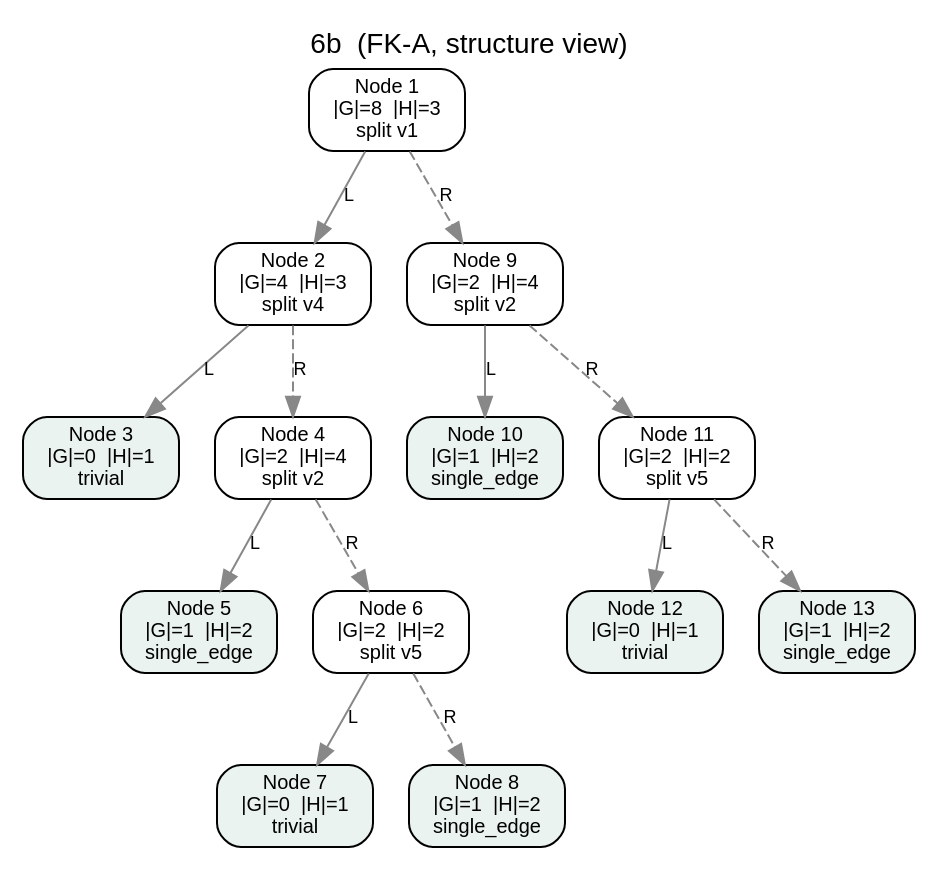
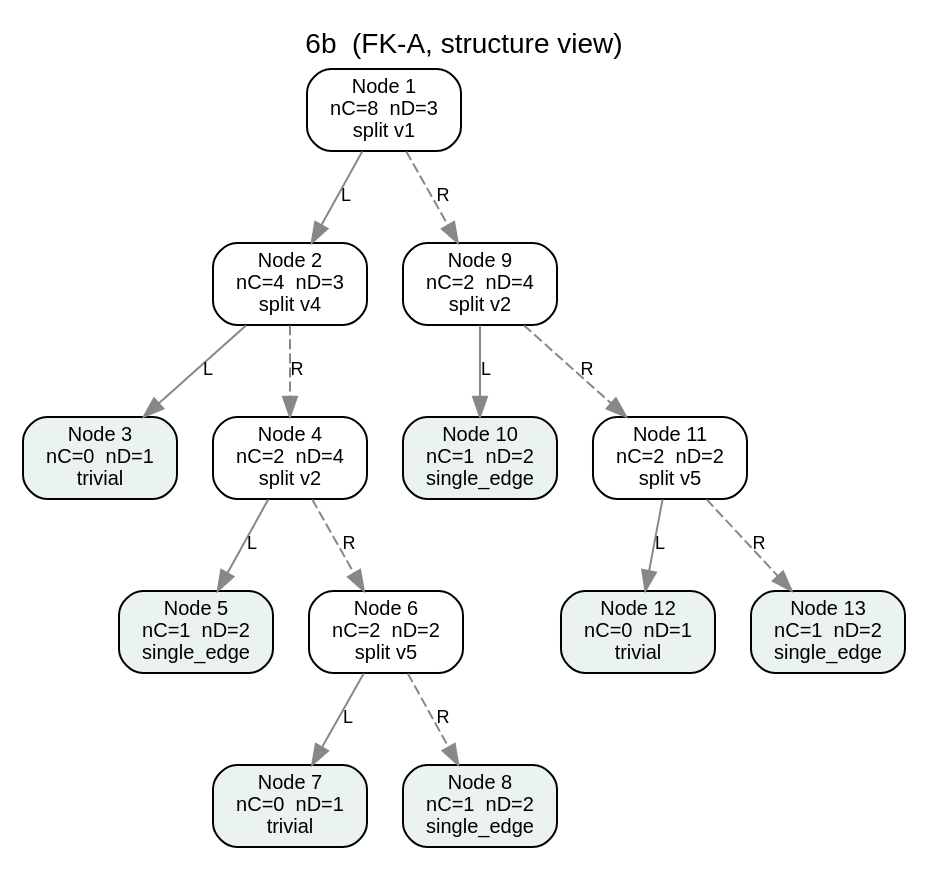
The diagram in results/6b.fk-a.modified.dot (symonyeal/Hypergraph-Dualization), drawn with Graphviz before and after one commit. The commit also changed 203 other files, not shown here.

```diff
--- a/results/6b.fk-a.modified.dot
+++ b/results/6b.fk-a.modified.dot
@@ -1,31 +1,31 @@
 digraph FKA {
   rankdir=TB;
   graph [fontname="Helvetica", labelloc="t", label="6b  (FK-A, structure view)"];
   node [shape=box, style="rounded,filled", fillcolor="#ffffff", fontname="Helvetica", fontsize=10];
   edge [fontname="Helvetica", fontsize=9, color="#888888"];
-  n1 [label="Node 1\n|G|=8  |H|=3\nsplit v1", fillcolor="#ffffff"];
-  n2 [label="Node 2\n|G|=4  |H|=3\nsplit v4", fillcolor="#ffffff"];
-  n3 [label="Node 3\n|G|=0  |H|=1\ntrivial", fillcolor="#eaf3ef"];
-  n4 [label="Node 4\n|G|=2  |H|=4\nsplit v2", fillcolor="#ffffff"];
-  n5 [label="Node 5\n|G|=1  |H|=2\nsingle_edge", fillcolor="#eaf3ef"];
-  n6 [label="Node 6\n|G|=2  |H|=2\nsplit v5", fillcolor="#ffffff"];
-  n7 [label="Node 7\n|G|=0  |H|=1\ntrivial", fillcolor="#eaf3ef"];
-  n8 [label="Node 8\n|G|=1  |H|=2\nsingle_edge", fillcolor="#eaf3ef"];
-  n9 [label="Node 9\n|G|=2  |H|=4\nsplit v2", fillcolor="#ffffff"];
-  n10 [label="Node 10\n|G|=1  |H|=2\nsingle_edge", fillcolor="#eaf3ef"];
-  n11 [label="Node 11\n|G|=2  |H|=2\nsplit v5", fillcolor="#ffffff"];
-  n12 [label="Node 12\n|G|=0  |H|=1\ntrivial", fillcolor="#eaf3ef"];
-  n13 [label="Node 13\n|G|=1  |H|=2\nsingle_edge", fillcolor="#eaf3ef"];
+  n1 [label="Node 1\nnC=8  nD=3\nsplit v1", fillcolor="#ffffff"];
+  n2 [label="Node 2\nnC=4  nD=3\nsplit v4", fillcolor="#ffffff"];
+  n3 [label="Node 3\nnC=0  nD=1\ntrivial", fillcolor="#eaf3ef"];
+  n4 [label="Node 4\nnC=2  nD=4\nsplit v2", fillcolor="#ffffff"];
+  n5 [label="Node 5\nnC=1  nD=2\nsingle_edge", fillcolor="#eaf3ef"];
+  n6 [label="Node 6\nnC=2  nD=2\nsplit v5", fillcolor="#ffffff"];
+  n7 [label="Node 7\nnC=0  nD=1\ntrivial", fillcolor="#eaf3ef"];
+  n8 [label="Node 8\nnC=1  nD=2\nsingle_edge", fillcolor="#eaf3ef"];
+  n9 [label="Node 9\nnC=2  nD=4\nsplit v2", fillcolor="#ffffff"];
+  n10 [label="Node 10\nnC=1  nD=2\nsingle_edge", fillcolor="#eaf3ef"];
+  n11 [label="Node 11\nnC=2  nD=2\nsplit v5", fillcolor="#ffffff"];
+  n12 [label="Node 12\nnC=0  nD=1\ntrivial", fillcolor="#eaf3ef"];
+  n13 [label="Node 13\nnC=1  nD=2\nsingle_edge", fillcolor="#eaf3ef"];
   n1 -> n2 [label="L", style=solid];
   n1 -> n9 [label="R", style=dashed];
   n2 -> n3 [label="L", style=solid];
   n2 -> n4 [label="R", style=dashed];
   n4 -> n5 [label="L", style=solid];
   n4 -> n6 [label="R", style=dashed];
   n6 -> n7 [label="L", style=solid];
   n6 -> n8 [label="R", style=dashed];
   n9 -> n10 [label="L", style=solid];
   n9 -> n11 [label="R", style=dashed];
   n11 -> n12 [label="L", style=solid];
   n11 -> n13 [label="R", style=dashed];
 }
```
